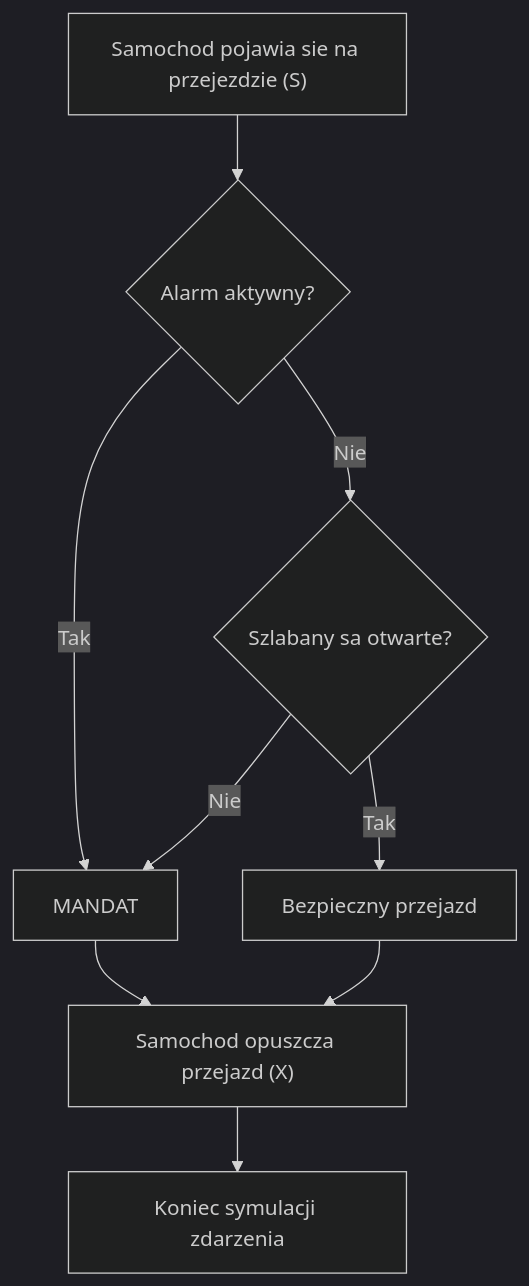
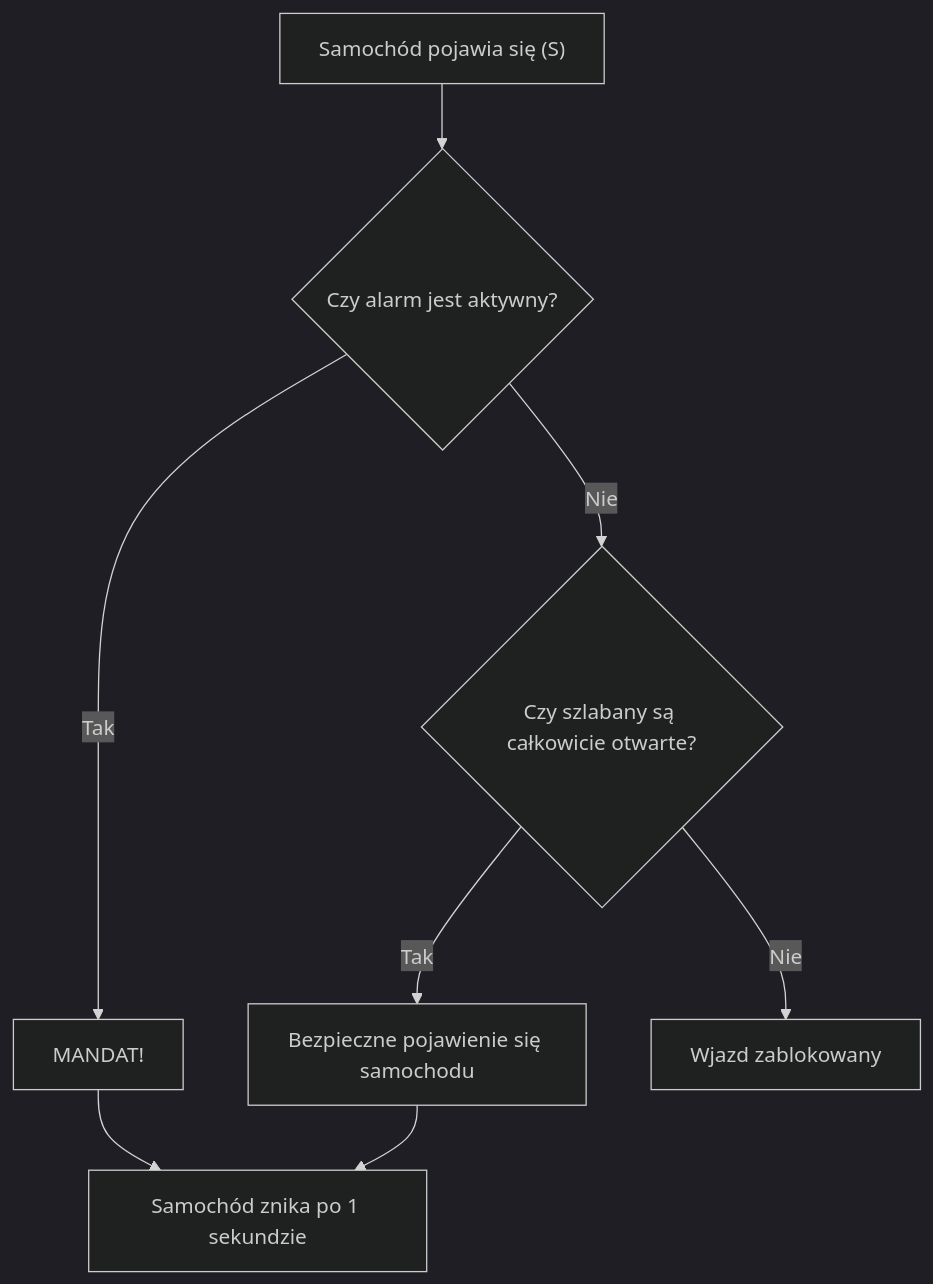
The second of 2 diagrams in README.md (Jacob741831/Szlabany), drawn with Mermaid (dark theme) before and after one commit. The commit also changed other lines of this file, not shown here.

````diff
--- a/README.md
+++ b/README.md
@@ -188,14 +239,13 @@
 ```mermaid
 flowchart TD
-    A["Samochod pojawia sie na przejezdzie (S)"] --> B{"Alarm aktywny?"}
+    A["Samochód pojawia się (S)"] --> B{"Czy alarm jest aktywny?"}
 
-    B -->|Tak| C["MANDAT"]
-    B -->|Nie| D{"Szlabany sa otwarte?"}
+    B -->|Tak| C["MANDAT!"]
+    B -->|Nie| D{"Czy szlabany są całkowicie otwarte?"}
 
-    D -->|Tak| E["Bezpieczny przejazd"]
-    D -->|Nie| C
+    D -->|Tak| E["Bezpieczne pojawienie się samochodu"]
+    D -->|Nie| F["Wjazd zablokowany"]
 
-    C --> F["Samochod opuszcza przejazd (X)"]
-    E --> F
-    F --> G["Koniec symulacji zdarzenia"]
+    C --> G["Samochód znika po 1 sekundzie"]
+    E --> G
 ```
````
